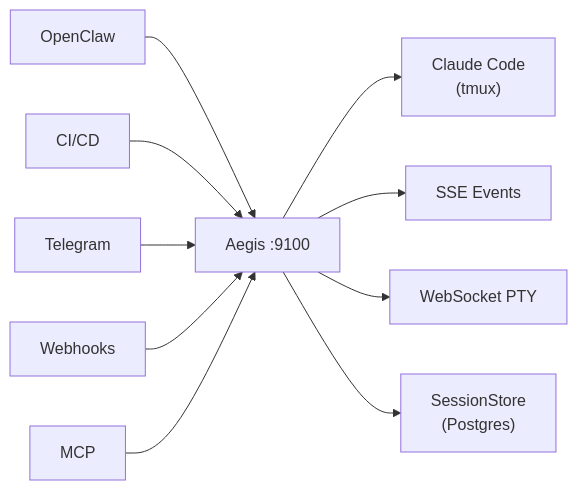
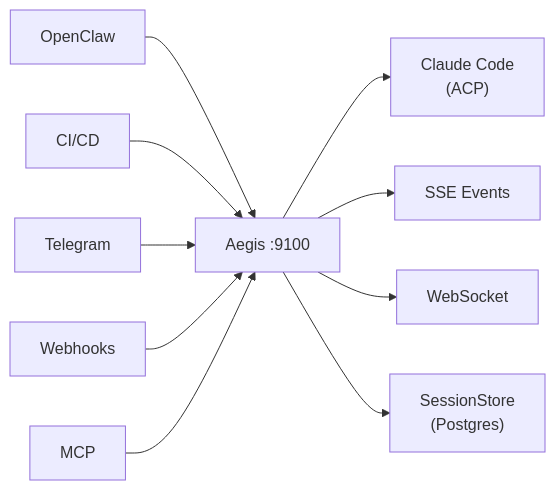
Before and after one commit to OneStepAt4time/aegis: the diagram in README.md, drawn with Mermaid. The commit also changed other lines of this file and 4 other files, not shown here.

First line of the commit message:
docs(ACP-106): update README, CLAUDE, ROADMAP, SECURITY, CONTRIBUTING for ACP cutover

````diff
--- a/README.md
+++ b/README.md
@@ -82,12 +78,12 @@
 ```mermaid
 graph LR
     OC["OpenClaw"] --> API["Aegis :9100"]
     CI["CI/CD"]     --> API
     TG["Telegram"]  --> API
     WH["Webhooks"]  --> API
     MCP["MCP"]      --> API
-    API --> CC["Claude Code<br/>(tmux)"]
+    API --> CC["Claude Code<br/>(ACP)"]
     API --> SSE["SSE Events"]
-    API --> WS["WebSocket PTY"]
+    API --> WS["WebSocket"]
     API --> PG["SessionStore<br/>(Postgres)"]
 ```
````
